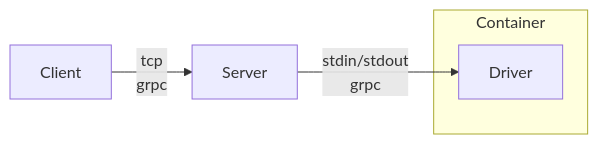
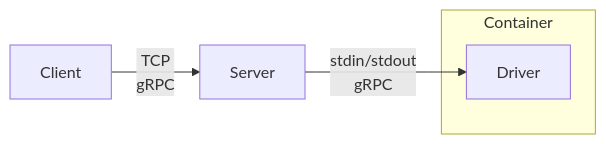
One commit to bblfsh/documentation changed the first of 2 diagrams in architecture.md. Above: the diagram before and after it, drawn with Mermaid. The commit also changed other lines of this file and 5 other files, not shown here.

````diff
--- a/architecture.md
+++ b/architecture.md
@@ -11,8 +8,8 @@
 ```mermaid
 graph LR
-    Client-- tcp<br/>grpc -->Server
-    Server-- stdin/stdout<br/>grpc -->Driver
+    Client-- TCP<br/>gRPC -->Server
+    Server-- stdin/stdout<br/>gRPC -->Driver
     subgraph Container
         Driver
     end
 ```
````
